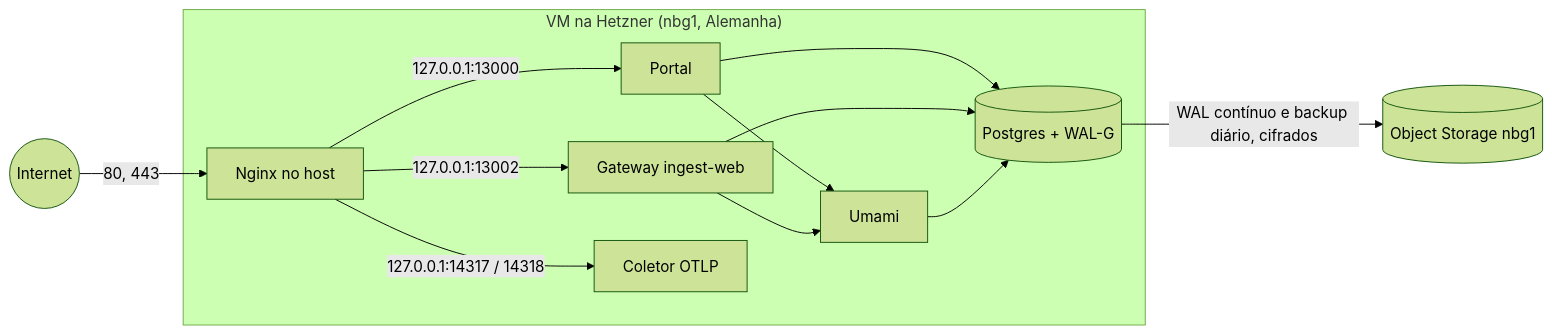
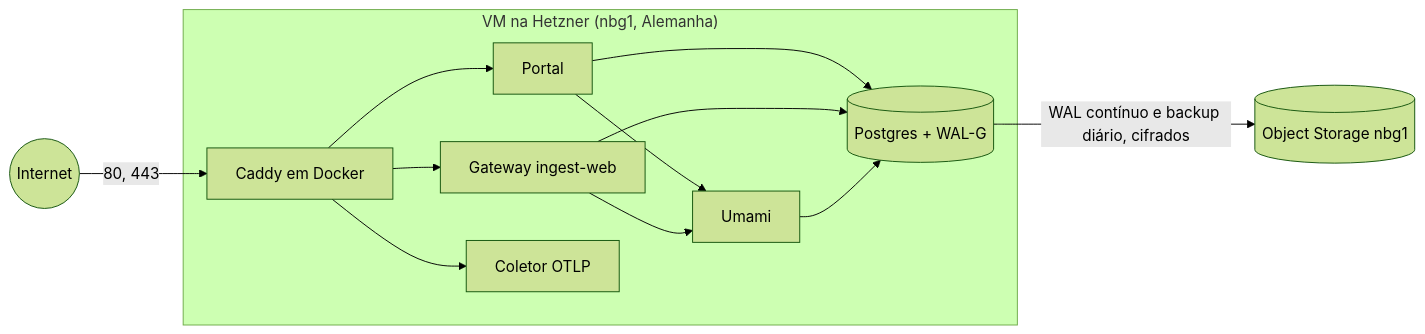
The diagram in docs/deploy.md (manucadev81/stellytics), drawn with Mermaid (forest theme) before and after one commit. The commit also changed other lines of this file and 32 other files, not shown here.

````diff
--- a/docs/deploy.md
+++ b/docs/deploy.md
@@ -9,15 +9,15 @@
 ```mermaid
 flowchart LR
-  internet((Internet)) -->|80, 443| nginx[Nginx no host]
+  internet((Internet)) -->|80, 443| caddy[Caddy em Docker]
   subgraph vm["VM na Hetzner (nbg1, Alemanha)"]
-    nginx -->|127.0.0.1:13000| portal[Portal]
-    nginx -->|127.0.0.1:13002| gw[Gateway ingest-web]
-    nginx -->|127.0.0.1:14317 / 14318| collector[Coletor OTLP]
+    caddy --> portal[Portal]
+    caddy --> gw[Gateway ingest-web]
+    caddy --> collector[Coletor OTLP]
     portal --> umami[Umami]
     gw --> umami
     portal --> pg[(Postgres + WAL-G)]
     gw --> pg
     umami --> pg
   end
   pg -->|WAL contínuo e backup diário, cifrados| s3[(Object Storage nbg1)]
 ```
````
